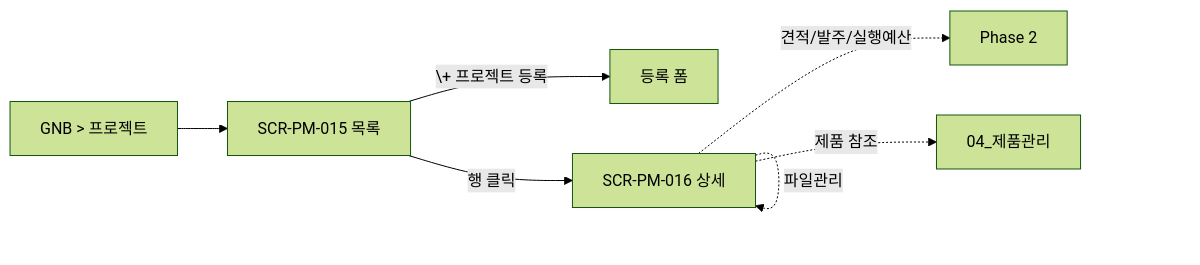
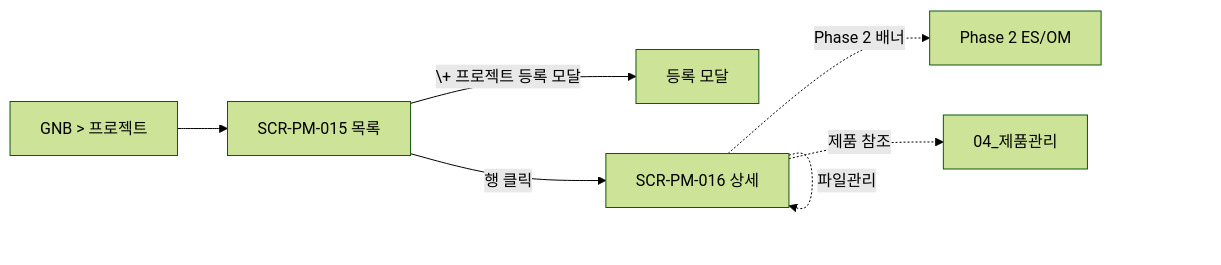
One commit to team-codecraft/wims2.0 changed the diagram in docs/3_DE(설계)/DE22-1_화면설계서/sections/06_프로젝트관리.md. Above: the diagram before and after it, drawn with Mermaid (forest theme). The commit also changed other lines of this file and 78 other files, not shown here.

````diff
--- a/docs/3_DE(설계)/DE22-1_화면설계서/sections/06_프로젝트관리.md
+++ b/docs/3_DE(설계)/DE22-1_화면설계서/sections/06_프로젝트관리.md
@@ -31,12 +32,12 @@
 ```mermaid
 flowchart LR
   GNB["GNB > 프로젝트"] --> L[SCR-PM-015 목록]
-  L -->|\+ 프로젝트 등록| N[등록 폼]
+  L -->|\+ 프로젝트 등록 모달| N[등록 모달]
   L -->|행 클릭| D[SCR-PM-016 상세]
   D -.기본정보.-> D
   D -.멤버.-> D
   D -.체크리스트.-> D
   D -.파일관리.-> D
-  D -.견적/발주/실행예산.-> P2[Phase 2]
+  D -.Phase 2 배너.-> P2[Phase 2 ES/OM]
   D -.제품 참조.-> PR[04_제품관리]
 ```
````
